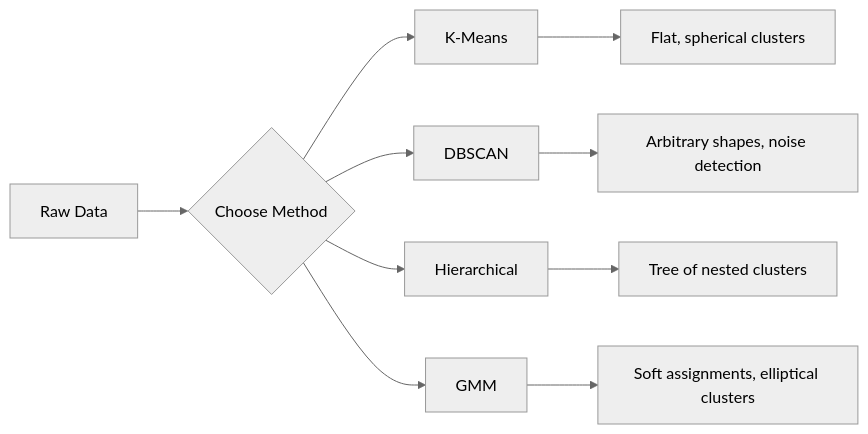
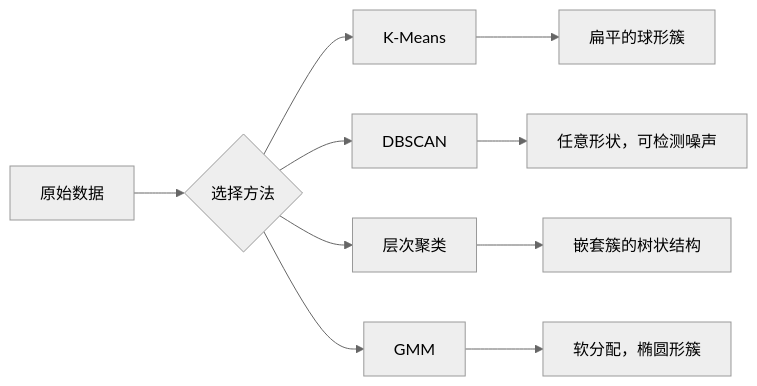
Before and after one commit to JerryC8080/ai-engineering-from-scratch-zh: the diagram in phases/02-ml-fundamentals/07-unsupervised-learning/docs/zh.md, drawn with Mermaid (neutral theme). The commit also changed 156 other files, not shown here.

First line of the commit message:
i18n(zh): translate mermaid diagram labels in 157 lesson zh.md

````diff
--- a/phases/02-ml-fundamentals/07-unsupervised-learning/docs/zh.md
+++ b/phases/02-ml-fundamentals/07-unsupervised-learning/docs/zh.md
@@ -33,12 +33,12 @@
 ```mermaid
 flowchart LR
-    A[Raw Data] --> B{Choose Method}
+    A[原始数据] --> B{选择方法}
     B --> C[K-Means]
     B --> D[DBSCAN]
-    B --> E[Hierarchical]
+    B --> E[层次聚类]
     B --> F[GMM]
-    C --> G[Flat, spherical clusters]
-    D --> H[Arbitrary shapes, noise detection]
-    E --> I[Tree of nested clusters]
-    F --> J[Soft assignments, elliptical clusters]
+    C --> G[扁平的球形簇]
+    D --> H[任意形状，可检测噪声]
+    E --> I[嵌套簇的树状结构]
+    F --> J[软分配，椭圆形簇]
 ```
````
